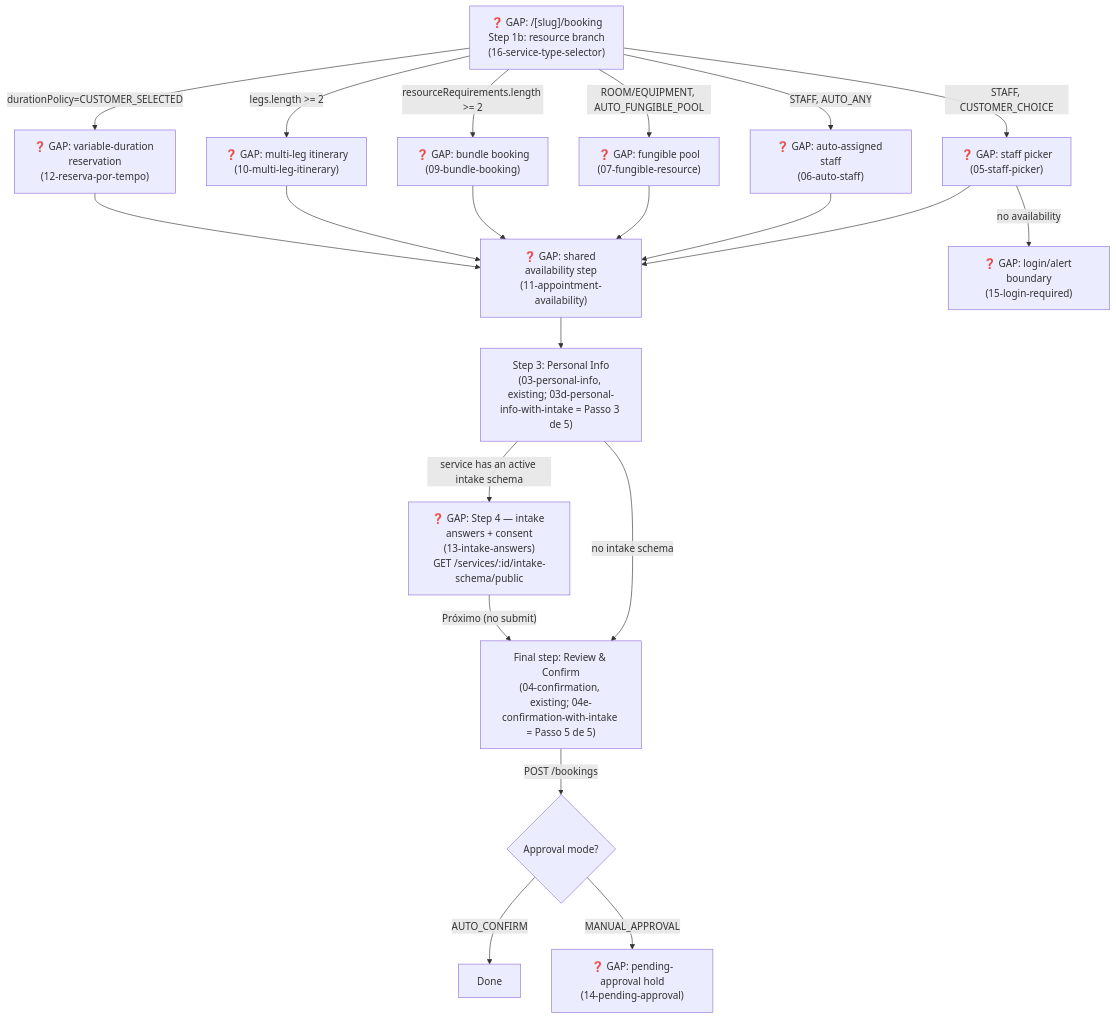
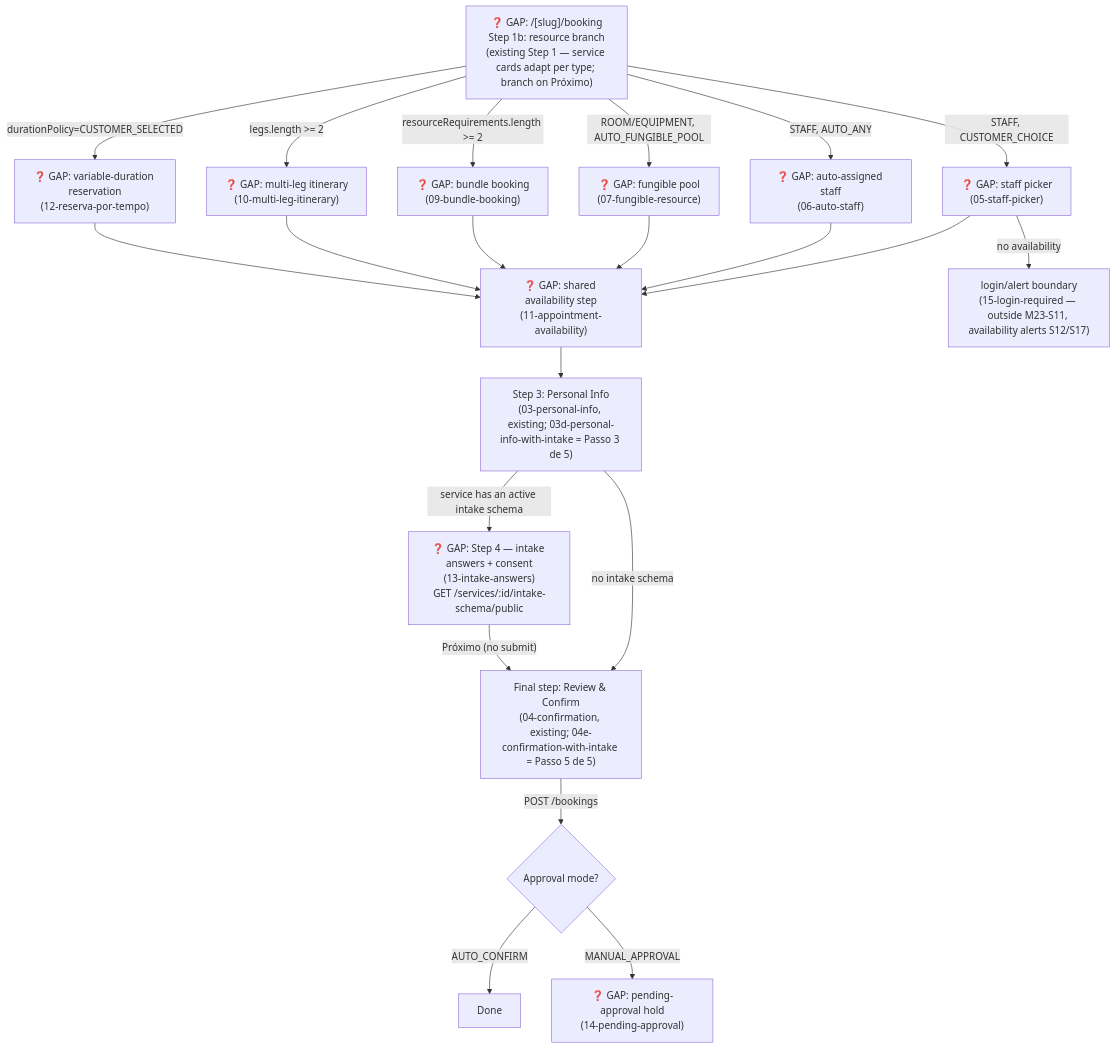
One commit to lmmoreira/ikaro changed the second of 2 diagrams in plan/journey/guest/book-a-service.md. Above: the diagram before and after it, drawn with Mermaid. The commit also changed other lines of this file and 9 other files, not shown here.

First line of the commit message:
docs(plan): add M23-S29 public booking-flow read APIs, rewrite M23-S11 for all booking screens, drop service-type selector (16)

````diff
--- a/plan/journey/guest/book-a-service.md
+++ b/plan/journey/guest/book-a-service.md
@@ -57,28 +57,28 @@
 ```mermaid
 flowchart TD
     classDef gap stroke:#f00,stroke-dasharray: 5 5,fill:#fee
 
-    S1b["❓ GAP: /[slug]/booking<br/>Step 1b: resource branch<br/>(16-service-type-selector)"] -->|"STAFF, CUSTOMER_CHOICE"| StaffPicker["❓ GAP: staff picker<br/>(05-staff-picker)"]
+    S1b["❓ GAP: /[slug]/booking<br/>Step 1b: resource branch<br/>(existing Step 1 — service cards adapt per type; branch on Próximo)"] -->|"STAFF, CUSTOMER_CHOICE"| StaffPicker["❓ GAP: staff picker<br/>(05-staff-picker)"]
     S1b -->|"STAFF, AUTO_ANY"| AutoStaff["❓ GAP: auto-assigned staff<br/>(06-auto-staff)"]
     S1b -->|"ROOM/EQUIPMENT, AUTO_FUNGIBLE_POOL"| Fungible["❓ GAP: fungible pool<br/>(07-fungible-resource)"]
     S1b -->|"resourceRequirements.length >= 2"| Bundle["❓ GAP: bundle booking<br/>(09-bundle-booking)"]
     S1b -->|"legs.length >= 2"| MultiLeg["❓ GAP: multi-leg itinerary<br/>(10-multi-leg-itinerary)"]
     S1b -->|"durationPolicy=CUSTOMER_SELECTED"| VarDuration["❓ GAP: variable-duration reservation<br/>(12-reserva-por-tempo)"]
 
     StaffPicker --> Availability["❓ GAP: shared availability step<br/>(11-appointment-availability)"]
     AutoStaff --> Availability
     Fungible --> Availability
     Bundle --> Availability
     MultiLeg --> Availability
     VarDuration --> Availability
 
     Availability --> S3m["Step 3: Personal Info<br/>(03-personal-info, existing; 03d-personal-info-with-intake = Passo 3 de 5)"]
     S3m -->|"service has an active intake schema"| Intake["❓ GAP: Step 4 — intake answers + consent<br/>(13-intake-answers)<br/>GET /services/:id/intake-schema/public"]
     S3m -->|"no intake schema"| Confirm
     Intake -->|"Próximo (no submit)"| Confirm["Final step: Review & Confirm<br/>(04-confirmation, existing; 04e-confirmation-with-intake = Passo 5 de 5)"]
     Confirm -->|"POST /bookings"| Result{"Approval mode?"}
     Result -->|"AUTO_CONFIRM"| Done
     Result -->|"MANUAL_APPROVAL"| Pending["❓ GAP: pending-approval hold<br/>(14-pending-approval)"]
 
-    StaffPicker -->|"no availability"| LoginRequired["❓ GAP: login/alert boundary<br/>(15-login-required)"]
+    StaffPicker -->|"no availability"| LoginRequired["login/alert boundary<br/>(15-login-required — outside M23-S11, availability alerts S12/S17)"]
 ```
````
